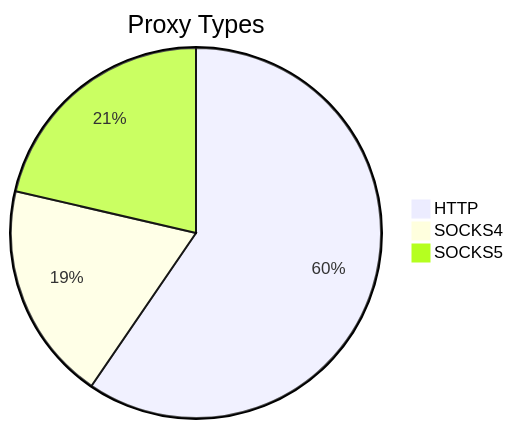
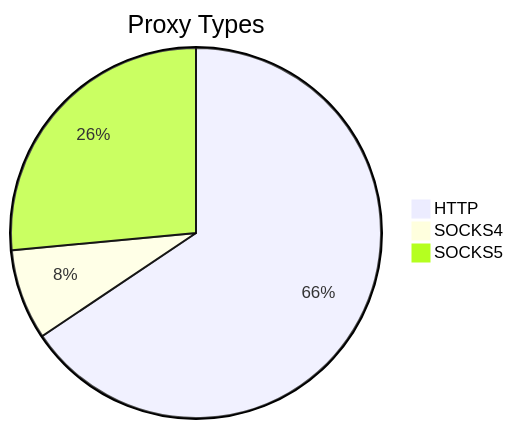
The first of 2 diagrams in README.md (stormsia/proxy-list), drawn with Mermaid before and after one commit. The commit also changed other lines of this file, not shown here.

````diff
--- a/README.md
+++ b/README.md
@@ -21,6 +21,6 @@
 ```mermaid
 pie title Proxy Types
-    "HTTP" : 312
-    "SOCKS4" : 100
-    "SOCKS5" : 112
+    "HTTP" : 307
+    "SOCKS4" : 37
+    "SOCKS5" : 124
 ```
````
